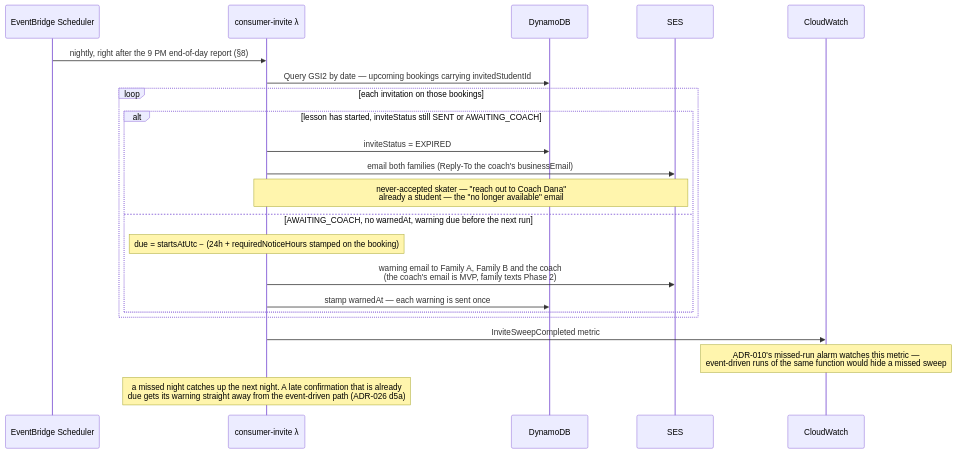
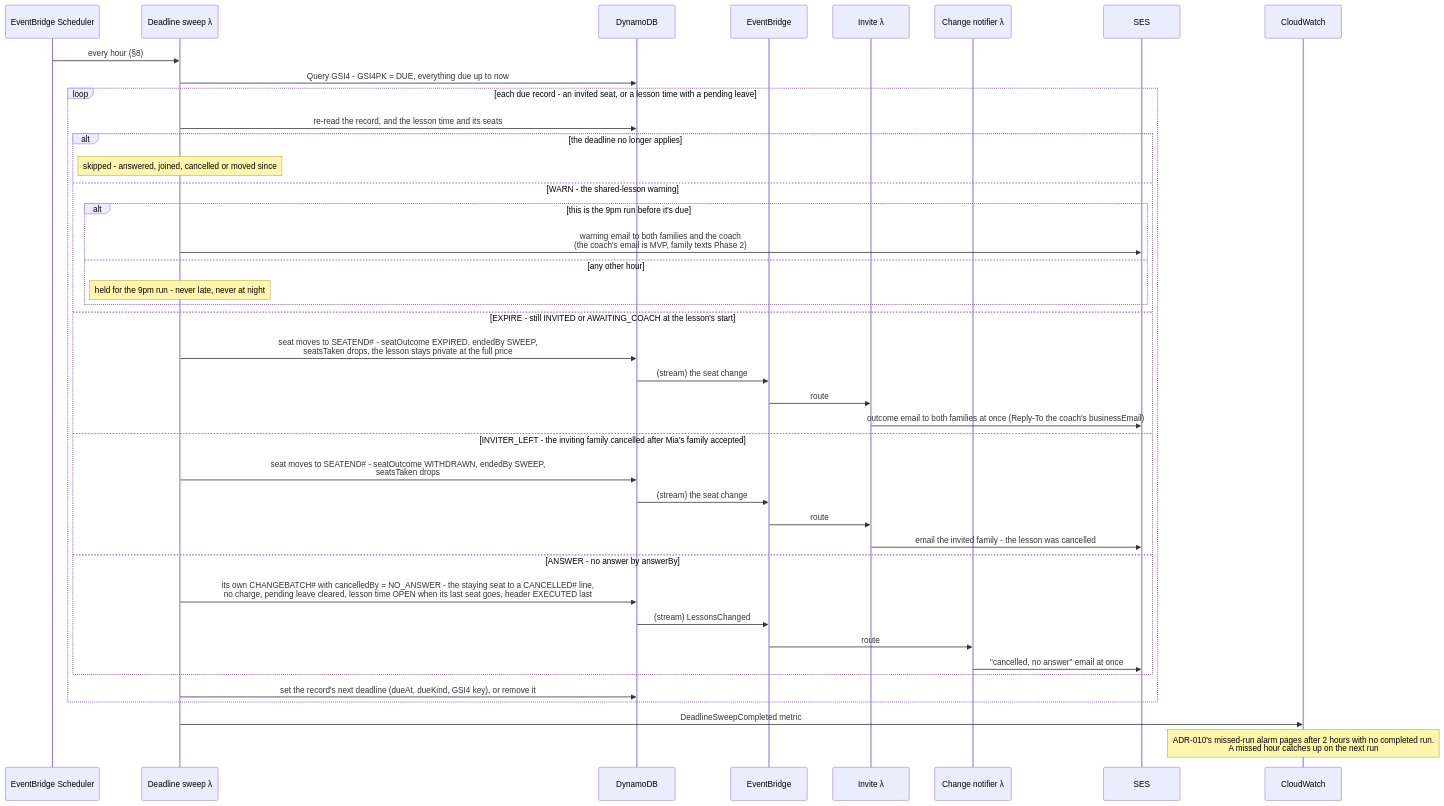
Diagram 17 of 23 in docs/architecture.md (jessicamvega6/bladebook), drawn with Mermaid before and after one commit. The commit also changed other lines of this file and 26 other files, not shown here.

First line of the commit message:
Design doc updates: diagrams synced, shared-lesson and leave rules

````diff
--- a/docs/architecture.md
+++ b/docs/architecture.md
@@ -1110,24 +1664,43 @@
 ```mermaid
 sequenceDiagram
     participant Sch as EventBridge Scheduler
-    participant Inv as consumer-invite λ
+    participant Sw as Deadline sweep λ
     participant DB as DynamoDB
+    participant Bus as EventBridge
+    participant Inv as Invite λ
+    participant N as Change notifier λ
     participant SES as SES
     participant CW as CloudWatch
-    Sch->>Inv: nightly, right after the 9 PM end-of-day report (§8)
-    Inv->>DB: Query GSI2 by date — upcoming bookings carrying invitedStudentId
-    loop each invitation on those bookings
-        alt lesson has started, inviteStatus still SENT or AWAITING_COACH
-            Inv->>DB: inviteStatus = EXPIRED
-            Inv->>SES: email both families (Reply-To the coach's businessEmail)
-            Note over Inv,SES: never-accepted skater — "reach out to Coach Dana"<br/>already a student — the "no longer available" email
-        else AWAITING_COACH, no warnedAt, warning due before the next run
-            Note over Inv: due = startsAtUtc − (24h + requiredNoticeHours stamped on the booking)
-            Inv->>SES: warning email to Family A, Family B and the coach<br/>(the coach's email is MVP, family texts Phase 2)
-            Inv->>DB: stamp warnedAt — each warning is sent once
+    Sch->>Sw: every hour (§8)
+    Sw->>DB: Query GSI4 - GSI4PK = DUE, everything due up to now
+    loop each due record - an invited seat, or a lesson time with a pending leave
+        Sw->>DB: re-read the record, and the lesson time and its seats
+        alt the deadline no longer applies
+            Note over Sw: skipped - answered, joined, cancelled or moved since
+        else WARN - the shared-lesson warning
+            alt this is the 9pm run before it's due
+                Sw->>SES: warning email to both families and the coach<br/>(the coach's email is MVP, family texts Phase 2)
+            else any other hour
+                Note over Sw: held for the 9pm run - never late, never at night
+            end
+        else EXPIRE - still INVITED or AWAITING_COACH at the lesson's start
+            Sw->>DB: seat moves to SEATEND#35; - seatOutcome EXPIRED, endedBy SWEEP,<br/>seatsTaken drops, the lesson stays private at the full price
+            DB->>Bus: (stream) the seat change
+            Bus->>Inv: route
+            Inv->>SES: outcome email to both families at once (Reply-To the coach's businessEmail)
+        else INVITER_LEFT - the inviting family cancelled after Mia's family accepted
+            Sw->>DB: seat moves to SEATEND#35; - seatOutcome WITHDRAWN, endedBy SWEEP,<br/>seatsTaken drops
+            DB->>Bus: (stream) the seat change
+            Bus->>Inv: route
+            Inv->>SES: email the invited family - the lesson was cancelled
+        else ANSWER - no answer by answerBy
+            Sw->>DB: its own CHANGEBATCH#35; with cancelledBy = NO_ANSWER - the staying seat to a CANCELLED#35; line,<br/>no charge, pending leave cleared, lesson time OPEN when its last seat goes, header EXECUTED last
+            DB->>Bus: (stream) LessonsChanged
+            Bus->>N: route
+            N->>SES: "cancelled, no answer" email at once
         end
+        Sw->>DB: set the record's next deadline (dueAt, dueKind, GSI4 key), or remove it
     end
-    Inv->>CW: InviteSweepCompleted metric
-    Note over CW: ADR-010's missed-run alarm watches this metric —<br/>event-driven runs of the same function would hide a missed sweep
-    Note over Inv: a missed night catches up the next night. A late confirmation that is already<br/>due gets its warning straight away from the event-driven path (ADR-026 d5a)
+    Sw->>CW: DeadlineSweepCompleted metric
+    Note over CW: ADR-010's missed-run alarm pages after 2 hours with no completed run.<br/>A missed hour catches up on the next run
 ```
````
